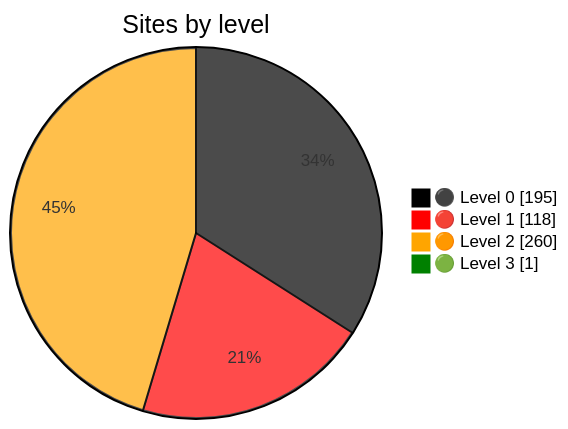
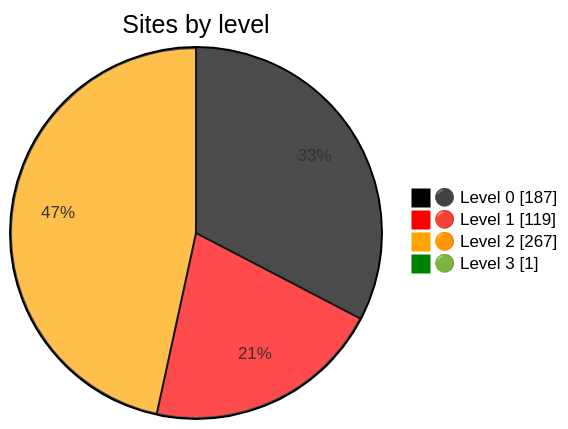
Before and after one commit to Dushmilan/gov_lk_web_auditor: the diagram in README.md, drawn with Mermaid. The commit also changed other lines of this file and 2563 other files, not shown here.

````diff
--- a/README.md
+++ b/README.md
@@ -24,9 +24,9 @@
 ```mermaid
 %%{init: {"themeVariables":{"pie1":"black","pie2":"red","pie3":"orange","pie4":"green"}}}%%
 pie showData
     title Sites by level
-    "⚫ Level 0" : 195
-    "🔴 Level 1" : 118
-    "🟠 Level 2" : 260
+    "⚫ Level 0" : 187
+    "🔴 Level 1" : 119
+    "🟠 Level 2" : 267
     "🟢 Level 3" : 1
 ```
````
